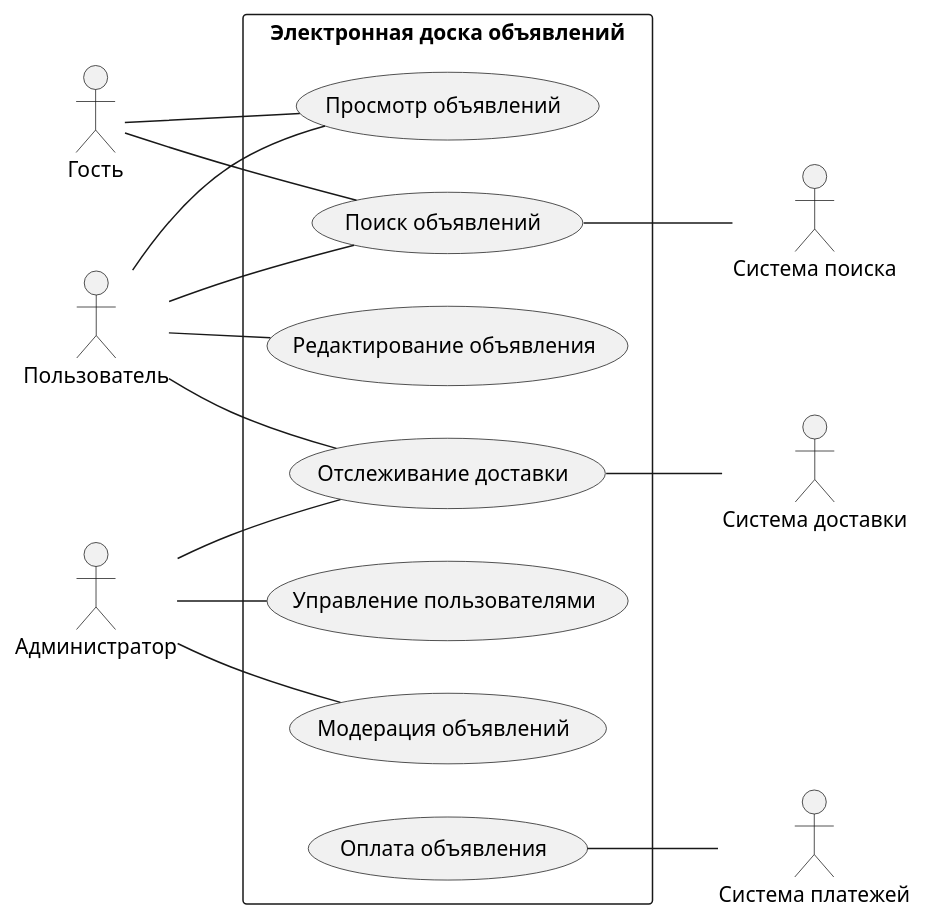
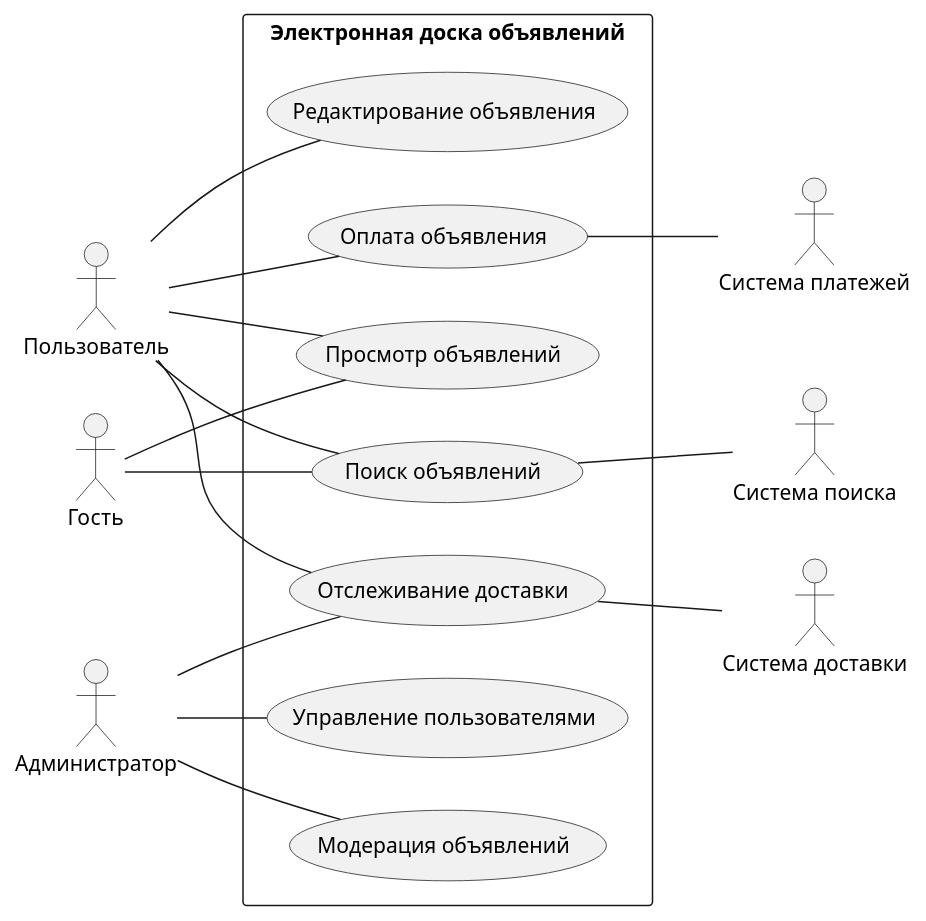
The diagram in Диаграмма прецедентов.md (penamarth/bsbo-01-22_team1_var13), drawn with PlantUML before and after one commit.

Commit message:
Update Диаграмма прецедентов.md

````diff
--- a/Диаграмма прецедентов.md
+++ b/Диаграмма прецедентов.md
@@ -3,34 +3,35 @@
 ```plantuml
 @startuml
 skinparam packageStyle rect
 left to right direction
 
 :Пользователь:
 :Администратор:
 :Гость:
 :Система доставки:
 :Система платежей:
 :Система поиска:
 
 package "Электронная доска объявлений" {
 :Гость: -- (Просмотр объявлений)
 :Гость: -- (Поиск объявлений)
 
 :Пользователь: -- (Редактирование объявления)
 :Пользователь: -- (Просмотр объявлений)
 :Пользователь: -- (Поиск объявлений)
 :Пользователь: -- (Отслеживание доставки)
+:Пользователь: -- (Оплата объявления)
 
 :Администратор: -- (Модерация объявлений)
 :Администратор: -- (Управление пользователями)
 :Администратор: -- (Отслеживание доставки)
 
 (Оплата объявления) -- :Система платежей: 
 
 (Поиск объявлений) -- :Система поиска:
   
 (Отслеживание доставки) -- :Система доставки:
 }
 
 @enduml
 ```
````
